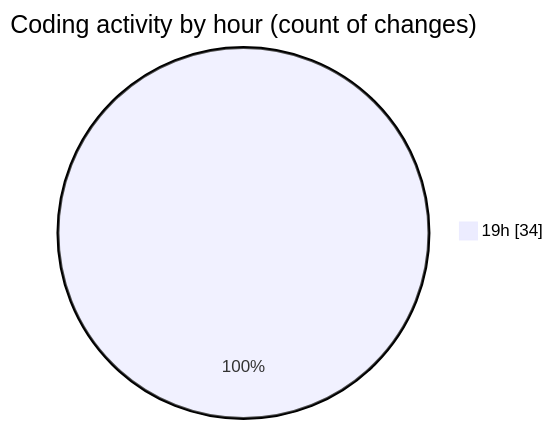
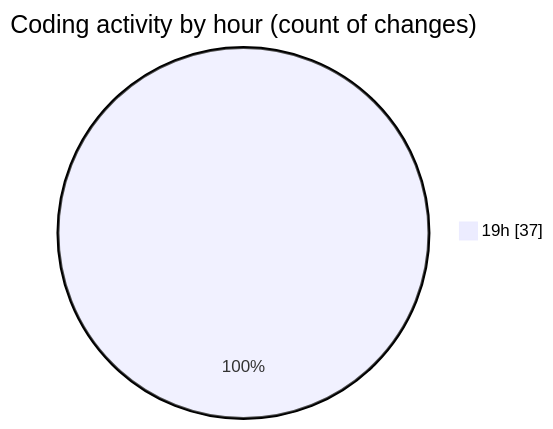
One commit to momahboobian/code-tracking changed the second of 2 diagrams in 2026-06-16/cda/README.md. Above: the diagram before and after it, drawn with Mermaid. The commit also changed other lines of this file and 1 other file, not shown here.

````diff
--- a/2026-06-16/cda/README.md
+++ b/2026-06-16/cda/README.md
@@ -45,5 +45,5 @@
 ```mermaid
 pie showData
 title Coding activity by hour (count of changes)
-"19h" : 34
+"19h" : 37
 ```
````
